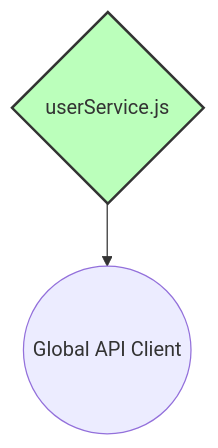
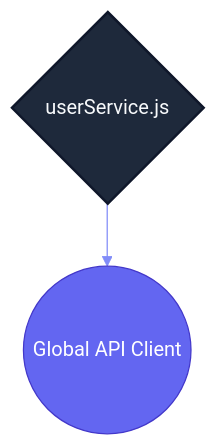
The second of 2 diagrams in src/features/users/README.md (nexowebai/nexo-superadmin), drawn with Mermaid before and after one commit. The commit also changed other lines of this file and 16 other files, not shown here.

````diff
--- a/src/features/users/README.md
+++ b/src/features/users/README.md
@@ -20,9 +25,10 @@
 ```mermaid
+%%{init: {'theme': 'base', 'themeVariables': { 'primaryColor': '#6366f1', 'primaryTextColor': '#fff', 'primaryBorderColor': '#4338ca', 'lineColor': '#818cf8', 'secondaryColor': '#f8fafc', 'tertiaryColor': '#e2e8f0'}}}%%
 graph TD
-    classDef page fill:#f9f,stroke:#333,stroke-width:2px;
-    classDef hook fill:#bbf,stroke:#333,stroke-width:2px;
-    classDef service fill:#bfb,stroke:#333,stroke-width:2px;
+    classDef page fill:#6366f1,stroke:#4338ca,stroke-width:2px,color:#fff,rx:8,ry:8;
+    classDef hook fill:#f8fafc,stroke:#e2e8f0,stroke-width:1px,color:#334155,rx:20,ry:20;
+    classDef service fill:#1e293b,stroke:#0f172a,stroke-width:2px,color:#f8fafc,rx:4,ry:4;
 
     userService{userService.js}:::service
-    userService --> API_Client((Global API Client))
+    userService --> API_CORE((Global API Client))
 ```
````
